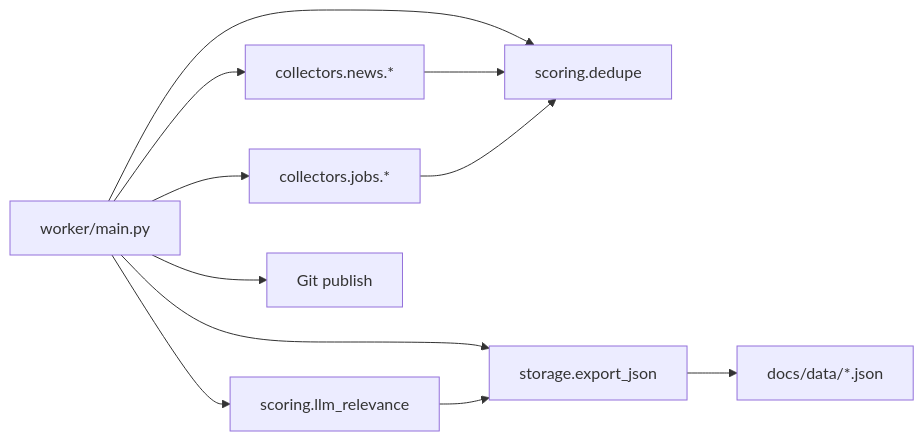
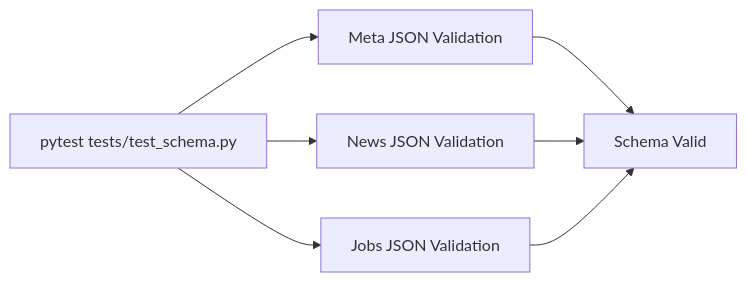
One commit to shakthi-vinayak/news changed the fourth of 4 diagrams in .qoder/repowiki/en/content/Project Overview/Project Overview.md. Above: the diagram before and after it, drawn with Mermaid. The commit also changed other lines of this file and 32 other files, not shown here.

````diff
--- a/.qoder/repowiki/en/content/Project Overview/Project Overview.md
+++ b/.qoder/repowiki/en/content/Project Overview/Project Overview.md
@@ -355,13 +342,13 @@
 ```mermaid
 graph LR
-Main["worker/main.py"] --> CNews["collectors.news.*"]
-Main --> CJobs["collectors.jobs.*"]
-Main --> Dedup["scoring.dedupe"]
-Main --> LLM["scoring.llm_relevance"]
-Main --> Export["storage.export_json"]
-Main --> GitPub["Git publish"]
-CNews --> Dedup
-CJobs --> Dedup
-LLM --> Export
-Export --> Data["docs/data/*.json"]
+TestRunner["pytest tests/test_schema.py"]
+MetaTest["Meta JSON Validation"]
+NewsTest["News JSON Validation"]
+JobsTest["Jobs JSON Validation"]
+TestRunner --> MetaTest
+TestRunner --> NewsTest
+TestRunner --> JobsTest
+MetaTest --> SchemaOK["Schema Valid"]
+NewsTest --> SchemaOK
+JobsTest --> SchemaOK
 ```
````
